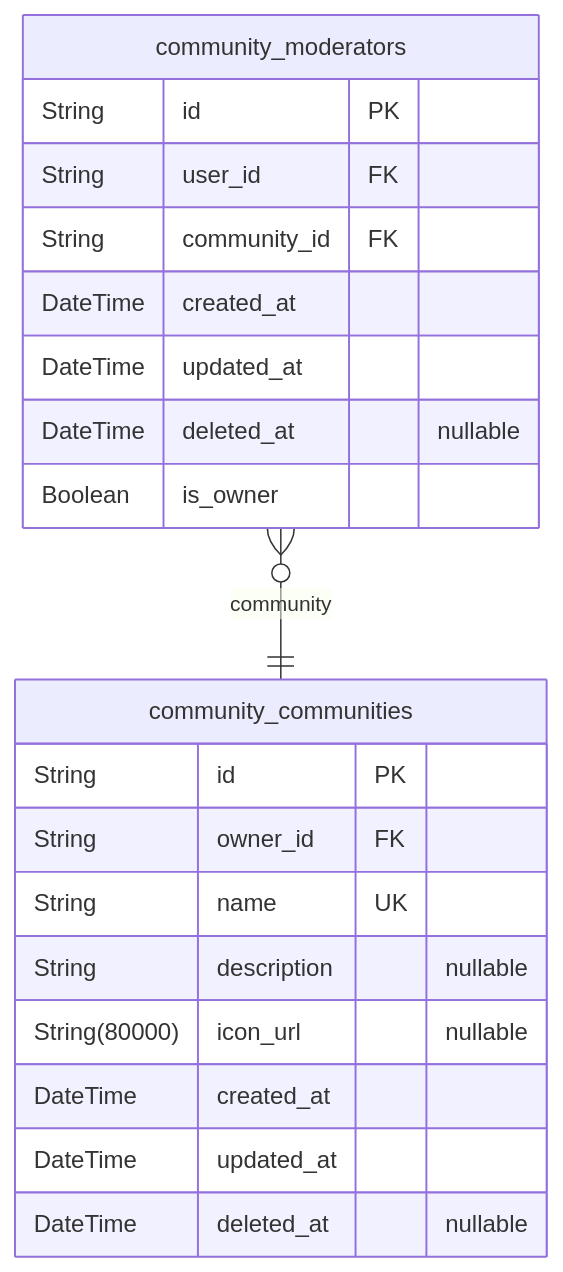
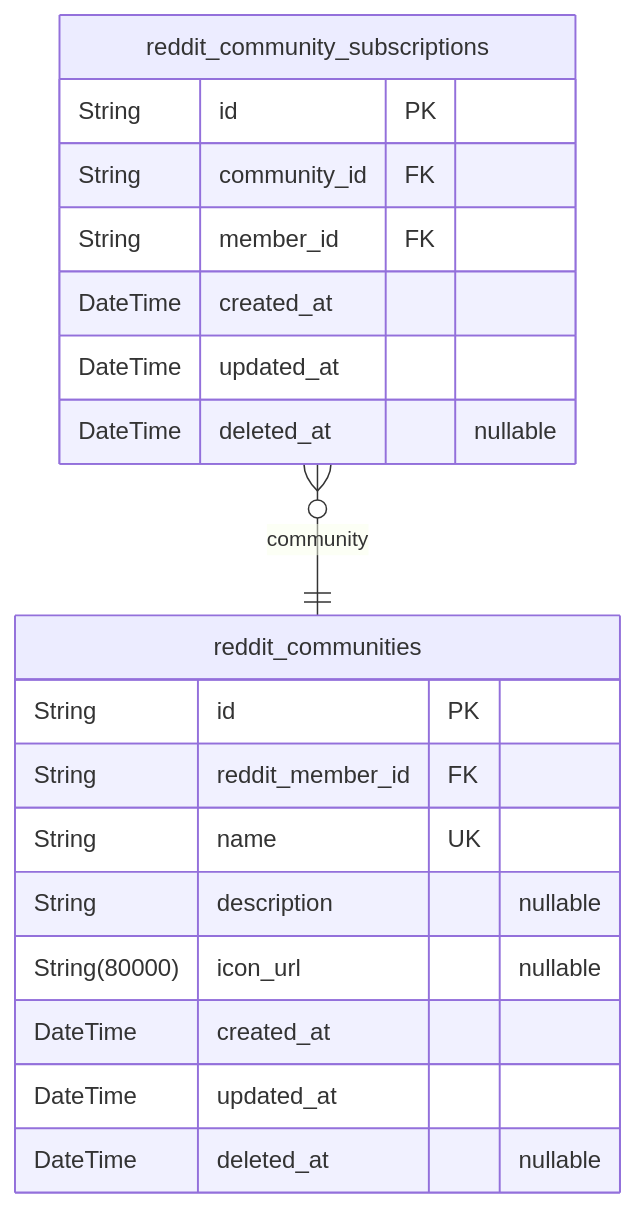
The third of 8 diagrams in qwen/qwen3-30b-a3b-thinking-2507/reddit/docs/ERD.md (wrtnlabs/autobe-examples), drawn with Mermaid before and after one commit. The commit also changed other lines of this file and 25939 other files, not shown here.

````diff
--- a/qwen/qwen3-30b-a3b-thinking-2507/reddit/docs/ERD.md
+++ b/qwen/qwen3-30b-a3b-thinking-2507/reddit/docs/ERD.md
@@ -316,23 +287,22 @@
 ```mermaid
 erDiagram
-"community_communities" {
+"reddit_communities" {
   String id PK
-  String owner_id FK
+  String reddit_member_id FK
   String name UK
   String description "nullable"
   String(80000) icon_url "nullable"
   DateTime created_at
   DateTime updated_at
   DateTime deleted_at "nullable"
 }
-"community_moderators" {
+"reddit_community_subscriptions" {
   String id PK
-  String user_id FK
   String community_id FK
+  String member_id FK
   DateTime created_at
   DateTime updated_at
   DateTime deleted_at "nullable"
-  Boolean is_owner
 }
-"community_moderators" }o--|| "community_communities" : community
+"reddit_community_subscriptions" }o--|| "reddit_communities" : community
 ```
````
